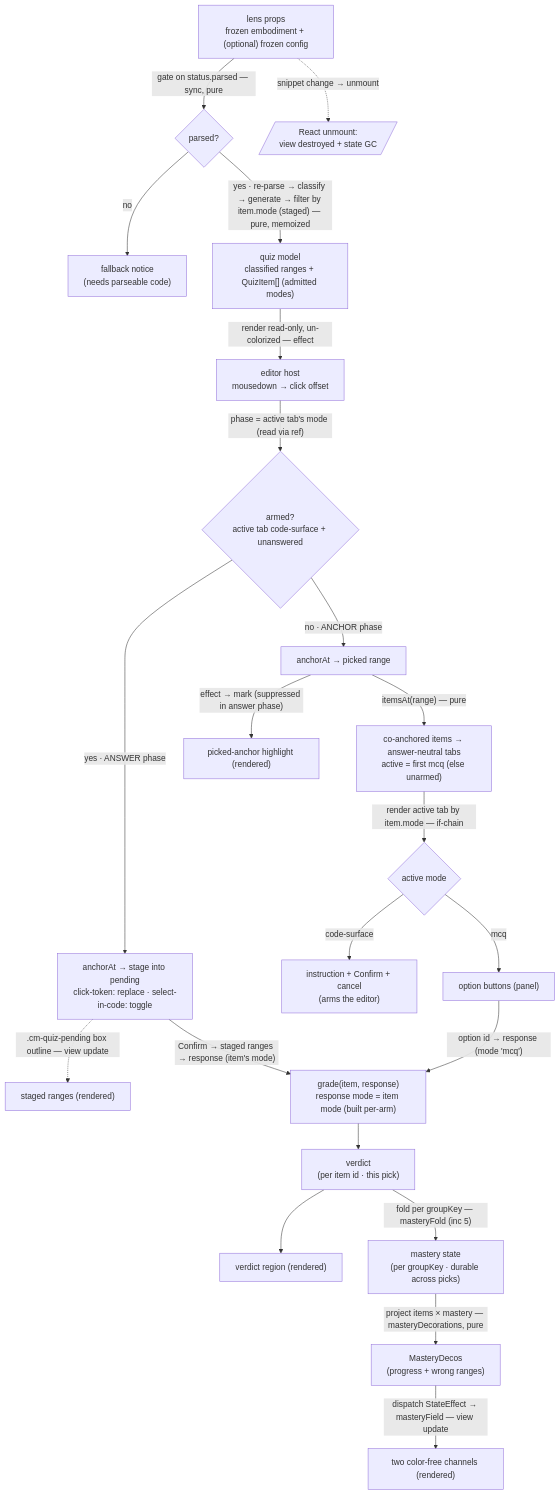
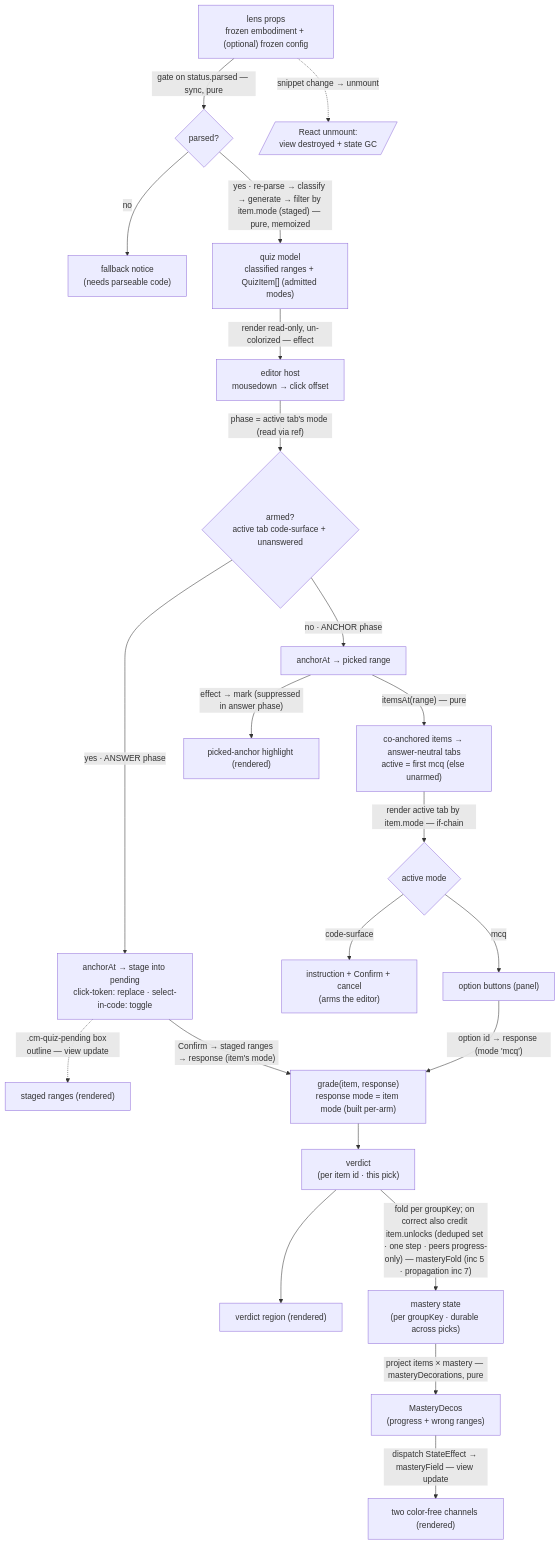
Before and after one commit to codeschoolinabox/curricula: the second of 2 diagrams in src/lib/study-lenses/lenses/quiz/DOCS.md, drawn with Mermaid. The commit also changed other lines of this file and 3 other files, not shown here.

````diff
--- a/src/lib/study-lenses/lenses/quiz/DOCS.md
+++ b/src/lib/study-lenses/lenses/quiz/DOCS.md
@@ -182,31 +182,31 @@
 ```mermaid
 flowchart TD
     Props["lens props<br/>frozen embodiment + (optional) frozen config"]
     Props -->|"gate on status.parsed — sync, pure"| Gate{"parsed?"}
     Gate -->|"no"| Fallback["fallback notice<br/>(needs parseable code)"]
     Gate -->|"yes · re-parse → classify → generate → filter by item.mode (staged) — pure, memoized"| Model["quiz model<br/>classified ranges + QuizItem[] (admitted modes)"]
 
     Model -->|"render read-only, un-colorized — effect"| Editor["editor host<br/>mousedown → click offset"]
     Editor -->|"phase = active tab's mode (read via ref)"| Phase{"armed?<br/>active tab code-surface + unanswered"}
 
     Phase -->|"no · ANCHOR phase"| Pick["anchorAt → picked range"]
     Pick -->|"itemsAt(range) — pure"| Tabs["co-anchored items → answer-neutral tabs<br/>active = first mcq (else unarmed)"]
     Pick -->|"effect → mark (suppressed in answer phase)"| Highlight["picked-anchor highlight (rendered)"]
     Tabs -->|"render active tab by item.mode — if-chain"| Body{"active mode"}
     Body -->|"mcq"| Mcq["option buttons (panel)"]
     Body -->|"code-surface"| Code["instruction + Confirm + cancel<br/>(arms the editor)"]
 
     Phase -->|"yes · ANSWER phase"| Stage["anchorAt → stage into pending<br/>click-token: replace · select-in-code: toggle"]
     Stage -.->|".cm-quiz-pending box outline — view update"| PendingDOM["staged ranges (rendered)"]
 
     Mcq -->|"option id → response (mode 'mcq')"| Grade["grade(item, response)<br/>response mode = item mode (built per-arm)"]
     Stage -->|"Confirm → staged ranges → response (item's mode)"| Grade
     Grade --> Verdict["verdict<br/>(per item id · this pick)"]
     Verdict --> VerdictDOM["verdict region (rendered)"]
 
-    Verdict -->|"fold per groupKey — masteryFold (inc 5)"| Mastery["mastery state<br/>(per groupKey · durable across picks)"]
+    Verdict -->|"fold per groupKey; on correct also credit item.unlocks (deduped set · one step · peers progress-only) — masteryFold (inc 5 · propagation inc 7)"| Mastery["mastery state<br/>(per groupKey · durable across picks)"]
     Mastery -->|"project items × mastery — masteryDecorations, pure"| Decos["MasteryDecos<br/>(progress + wrong ranges)"]
     Decos -->|"dispatch StateEffect → masteryField — view update"| MasteryDOM["two color-free channels (rendered)"]
 
     Props -.->|"snippet change → unmount"| Unmount[/"React unmount:<br/>view destroyed + state GC"/]
 ```
````
